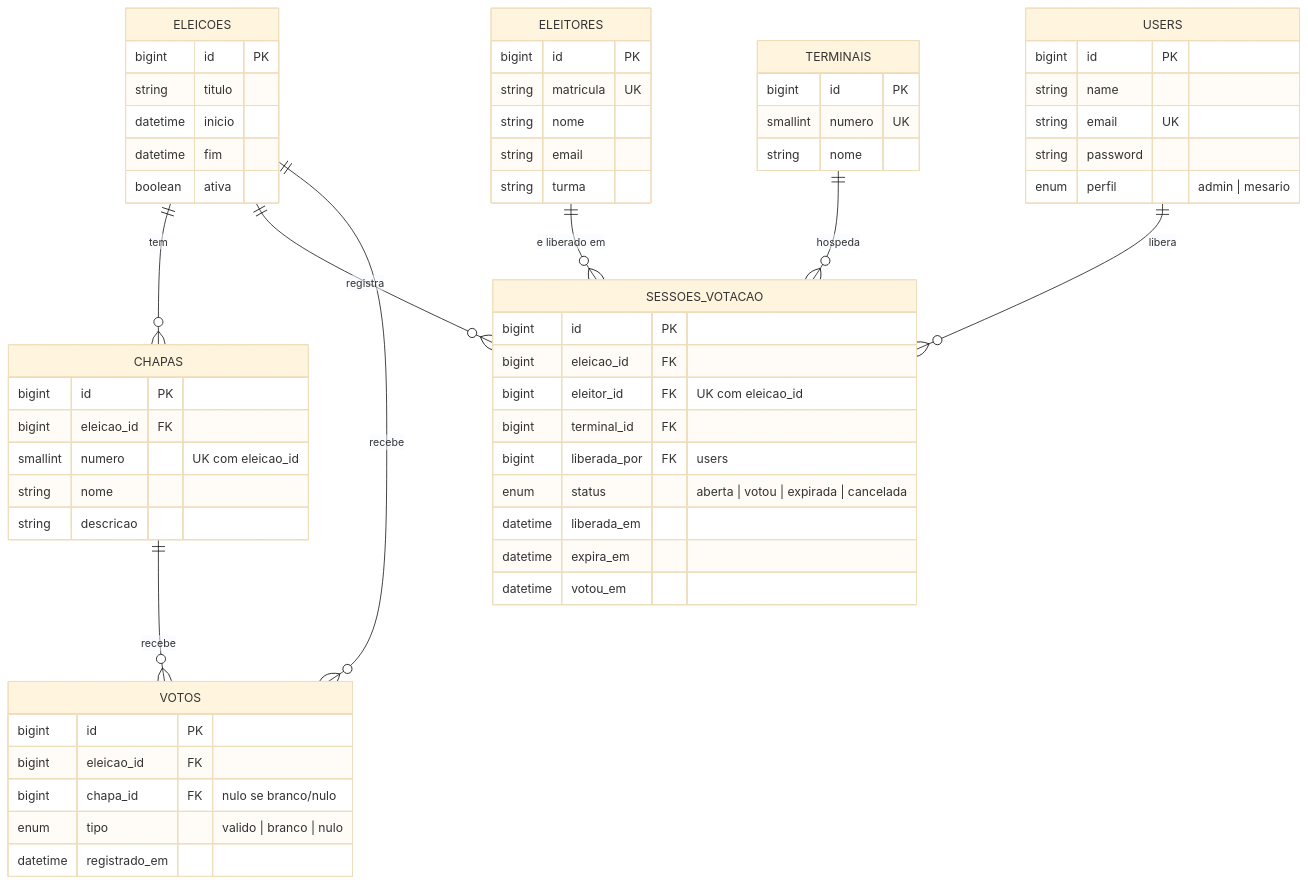
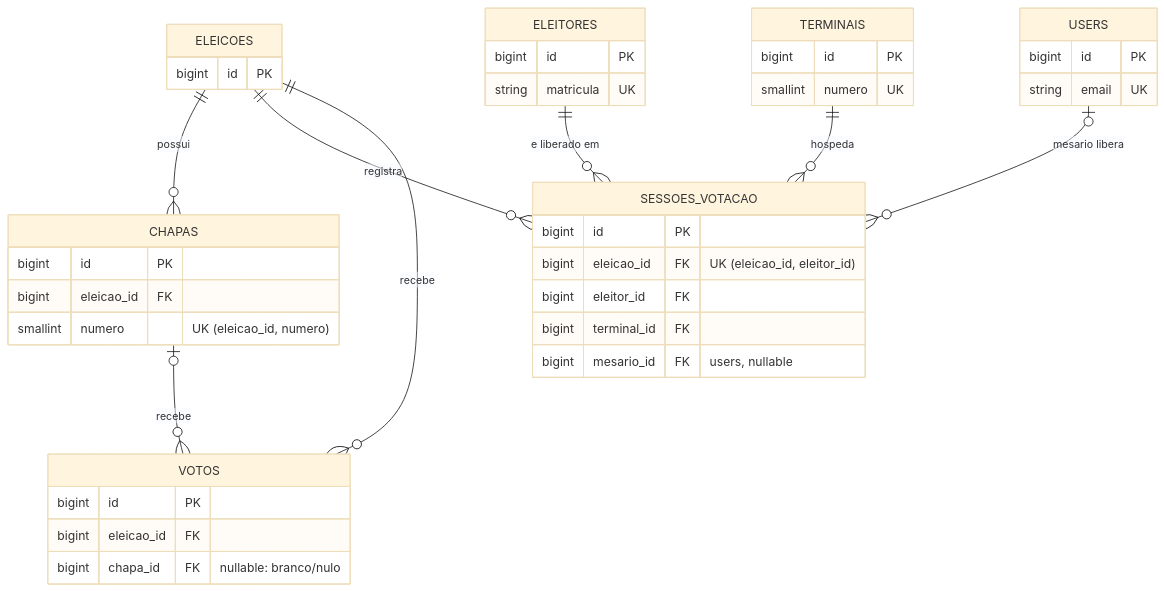
Before and after one commit to prof-ronildo-unicatolica/votacao-digitech: the diagram in docs/MODELO_DADOS.md, drawn with Mermaid (base theme). The commit also changed other lines of this file and 34 other files, not shown here.

````diff
--- a/docs/MODELO_DADOS.md
+++ b/docs/MODELO_DADOS.md
@@ -8,62 +9,43 @@
 ```mermaid
 erDiagram
     USERS {
         bigint id PK
-        string name
         string email UK
-        string password
-        enum perfil "admin | mesario"
     }
     ELEICOES {
         bigint id PK
-        string titulo
-        datetime inicio
-        datetime fim
-        boolean ativa
     }
     CHAPAS {
         bigint id PK
         bigint eleicao_id FK
-        smallint numero "UK com eleicao_id"
-        string nome
-        string descricao
+        smallint numero "UK (eleicao_id, numero)"
     }
     ELEITORES {
         bigint id PK
         string matricula UK
-        string nome
-        string email
-        string turma
     }
     TERMINAIS {
         bigint id PK
         smallint numero UK
-        string nome
     }
     SESSOES_VOTACAO {
         bigint id PK
-        bigint eleicao_id FK
-        bigint eleitor_id FK "UK com eleicao_id"
+        bigint eleicao_id FK "UK (eleicao_id, eleitor_id)"
+        bigint eleitor_id FK
         bigint terminal_id FK
-        bigint liberada_por FK "users"
-        enum status "aberta | votou | expirada | cancelada"
-        datetime liberada_em
-        datetime expira_em
-        datetime votou_em
+        bigint mesario_id FK "users, nullable"
     }
     VOTOS {
         bigint id PK
         bigint eleicao_id FK
-        bigint chapa_id FK "nulo se branco/nulo"
-        enum tipo "valido | branco | nulo"
-        datetime registrado_em
+        bigint chapa_id FK "nullable: branco/nulo"
     }
 
-    ELEICOES ||--o{ CHAPAS : "tem"
+    ELEICOES ||--o{ CHAPAS : "possui"
     ELEICOES ||--o{ SESSOES_VOTACAO : "registra"
     ELEICOES ||--o{ VOTOS : "recebe"
-    CHAPAS ||--o{ VOTOS : "recebe"
+    CHAPAS   |o--o{ VOTOS : "recebe"
     ELEITORES ||--o{ SESSOES_VOTACAO : "e liberado em"
     TERMINAIS ||--o{ SESSOES_VOTACAO : "hospeda"
-    USERS ||--o{ SESSOES_VOTACAO : "libera"
+    USERS    |o--o{ SESSOES_VOTACAO : "mesario libera"
 ```
````
